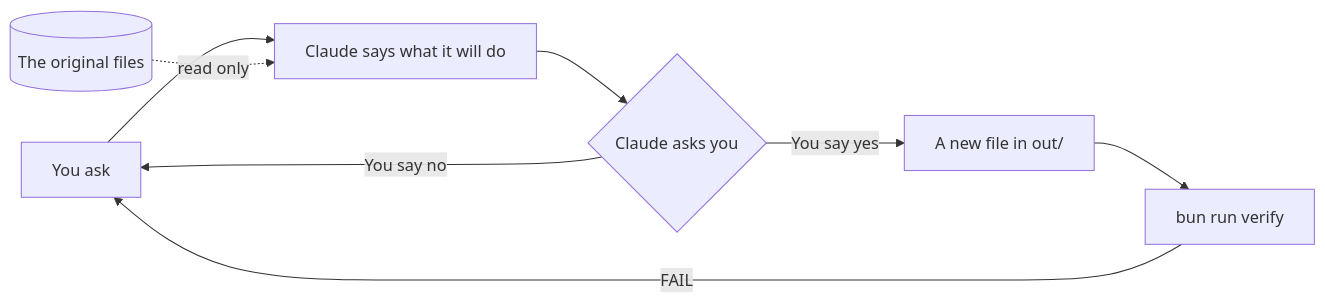
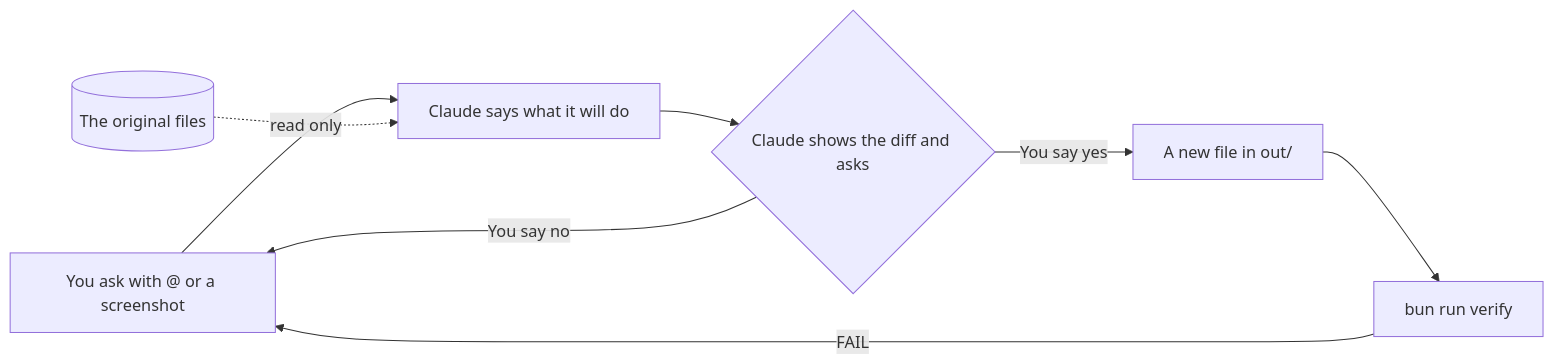
The diagram in parts/01-make-claude-ask-first/README.md (learnwithparam/claude-code-for-everyone), drawn with Mermaid before and after one commit. The commit also changed other lines of this file and 573 other files, not shown here.

````diff
--- a/parts/01-make-claude-ask-first/README.md
+++ b/parts/01-make-claude-ask-first/README.md
@@ -17,10 +15,10 @@
 ```mermaid
 flowchart LR
-  You[You ask] --> Plan[Claude says what it will do]
-  Plan --> Ask{Claude asks you}
+  You[You ask with @ or a screenshot] --> Plan[Claude says what it will do]
+  Plan --> Ask{Claude shows the diff and asks}
   Ask -->|You say yes| New[A new file in out/]
   Ask -->|You say no| You
   New --> Check[bun run verify]
   Check -->|FAIL| You
   Orig[(The original files)] -.->|read only| Plan
 ```
````
